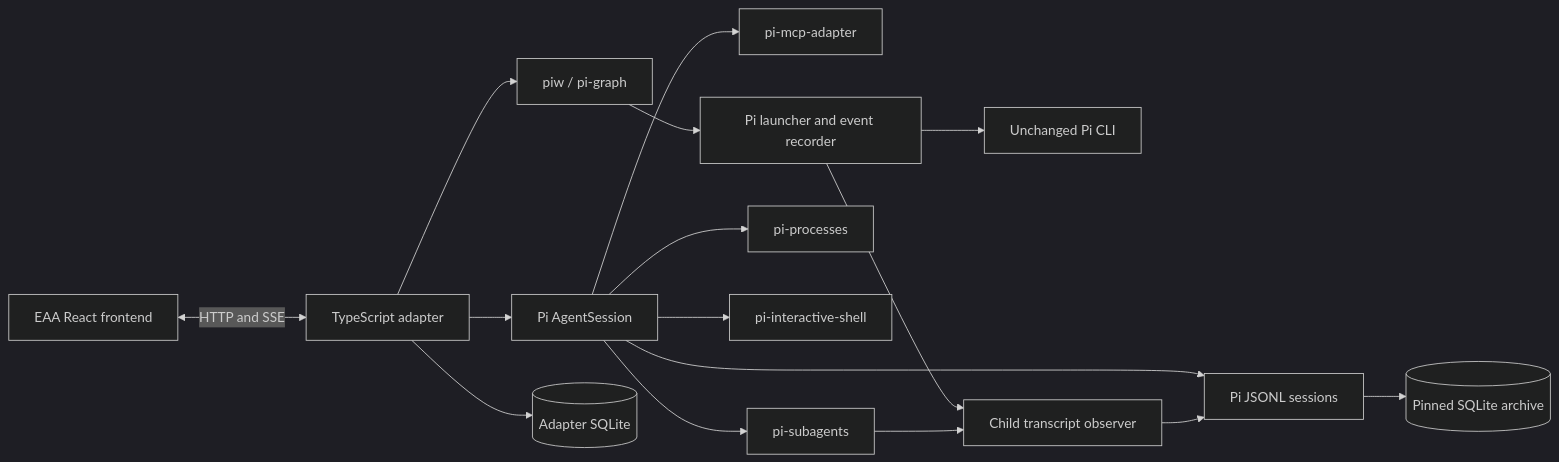
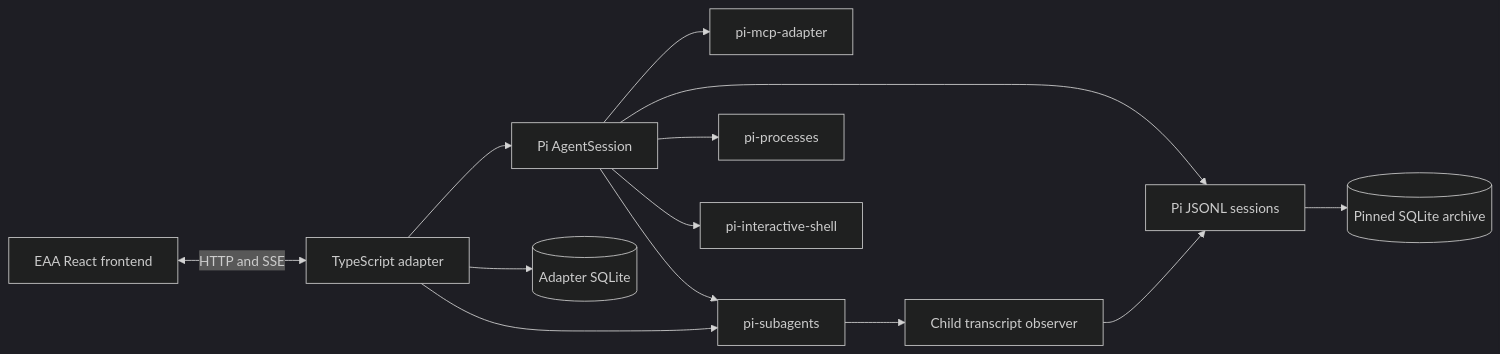
The diagram in docs/architecture.md (AdvancedPhotonSource/EAA-Pi), drawn with Mermaid (dark theme) before and after one commit. The commit also changed other lines of this file and 26 other files, not shown here.

````diff
--- a/docs/architecture.md
+++ b/docs/architecture.md
@@ -3,18 +3,15 @@
 ```mermaid
 flowchart LR
   UI[EAA React frontend] <-->|HTTP and SSE| Host[TypeScript adapter]
   Host --> SDK[Pi AgentSession]
   SDK --> MCP[pi-mcp-adapter]
   SDK --> Children[pi-subagents]
   SDK --> Processes[pi-processes]
   SDK --> PTY[pi-interactive-shell]
-  Host --> Graph[piw / pi-graph]
-  Graph --> Shim[Pi launcher and event recorder]
-  Shim --> PiCLI[Unchanged Pi CLI]
+  Host --> Children
   Host --> State[(Adapter SQLite)]
   SDK --> Sessions[Pi JSONL sessions]
   Sessions --> Archive[(Pinned SQLite archive)]
-  Shim --> Observer[Child transcript observer]
-  Children --> Observer
+  Children --> Observer[Child transcript observer]
   Observer --> Sessions
 ```
````
